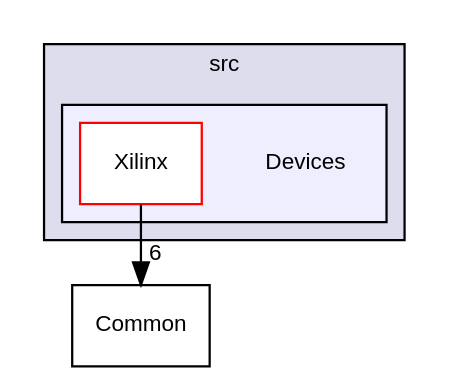
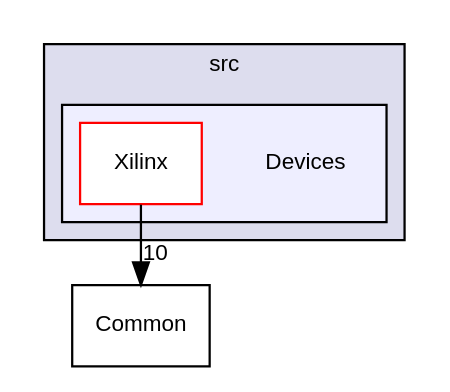
One commit to FPGA-Research-Manchester/byteman changed the diagram in dir_27b17494125eb78195473abe004504ab_dep.dot. Above: the diagram before and after it, drawn with Graphviz. The commit also changed 153 other files, not shown here.

```diff
--- a/dir_27b17494125eb78195473abe004504ab_dep.dot
+++ b/dir_27b17494125eb78195473abe004504ab_dep.dot
@@ -1,15 +1,15 @@
 digraph "src/Devices" {
   compound=true
   node [ fontsize="10", fontname="Helvetica"];
   edge [ labelfontsize="10", labelfontname="Helvetica"];
   subgraph clusterdir_68267d1309a1af8e8297ef4c3efbcdba {
     graph [ bgcolor="#ddddee", pencolor="black", label="src" fontname="Helvetica", fontsize="10", URL="dir_68267d1309a1af8e8297ef4c3efbcdba.html"]
   subgraph clusterdir_27b17494125eb78195473abe004504ab {
     graph [ bgcolor="#eeeeff", pencolor="black", label="" URL="dir_27b17494125eb78195473abe004504ab.html"];
     dir_27b17494125eb78195473abe004504ab [shape=plaintext label="Devices"];
     dir_3b80f9b66070ce327ebd8ab923ef7ff0 [shape=box label="Xilinx" color="red" fillcolor="white" style="filled" URL="dir_3b80f9b66070ce327ebd8ab923ef7ff0.html"];
   }
   }
   dir_ba210d1fa67db7bee1bb22e0a3c11d9f [shape=box label="Common" URL="dir_ba210d1fa67db7bee1bb22e0a3c11d9f.html"];
-  dir_3b80f9b66070ce327ebd8ab923ef7ff0->dir_ba210d1fa67db7bee1bb22e0a3c11d9f [headlabel="6", labeldistance=1.5 headhref="dir_000003_000001.html"];
+  dir_3b80f9b66070ce327ebd8ab923ef7ff0->dir_ba210d1fa67db7bee1bb22e0a3c11d9f [headlabel="10", labeldistance=1.5 headhref="dir_000003_000001.html"];
 }
```
